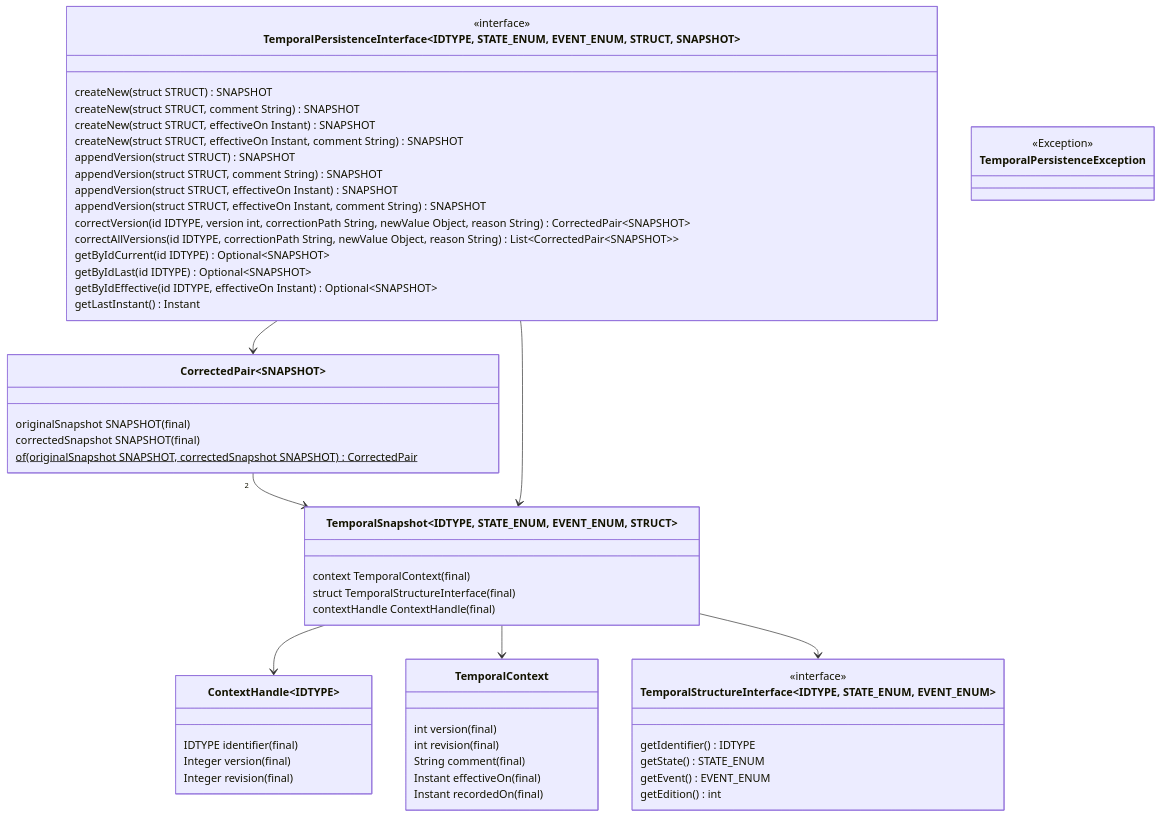
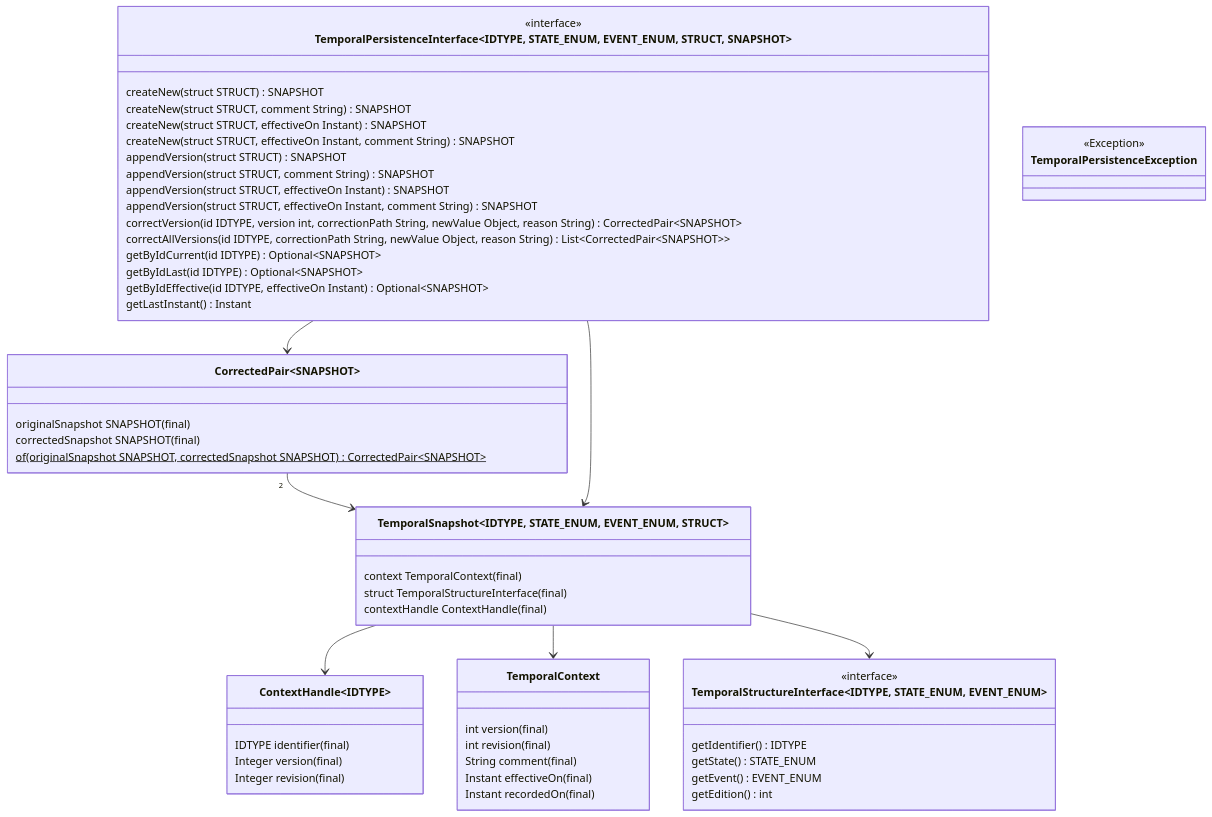
One commit to drp2179/bi-temporal-data-base-lib changed the diagram in README.md. Above: the diagram before and after it, drawn with Mermaid.

Commit message:
improving return type

````diff
--- a/README.md
+++ b/README.md
@@ -7,75 +7,75 @@
 ```mermaid
 classDiagram
     
     class TemporalContext {
         int version (final)
         int revision (final)
         String comment (final)
         Instant effectiveOn (final)
         Instant recordedOn (final)
     }
 
     class ContextHandle~IDTYPE~ {
         IDTYPE identifier (final)
         Integer version (final)
         Integer revision (final)
     }
 
     class TemporalStructureInterface~IDTYPE, STATE_ENUM, EVENT_ENUM~ {
         <<interface>>
         getIdentifier() IDTYPE
         getState() STATE_ENUM
         getEvent() EVENT_ENUM
         getEdition() int
     }
 
     class TemporalSnapshot~IDTYPE, STATE_ENUM, EVENT_ENUM, STRUCT~ {
         context TemporalContext (final)
         struct TemporalStructureInterface (final)
         contextHandle ContextHandle (final)
     }
 
     TemporalSnapshot --> ContextHandle
     TemporalSnapshot --> TemporalContext
     TemporalSnapshot --> TemporalStructureInterface
     
     class CorrectedPair~SNAPSHOT~ {
 			originalSnapshot SNAPSHOT (final)
 			correctedSnapshot SNAPSHOT (final)
 
-			of(originalSnapshot SNAPSHOT, correctedSnapshot SNAPSHOT) CorrectedPair $
+			of(originalSnapshot SNAPSHOT, correctedSnapshot SNAPSHOT) CorrectedPair~SNAPSHOT~ $
     }
     
     CorrectedPair "2" --> TemporalSnapshot
 
     class TemporalPersistenceInterface~IDTYPE, STATE_ENUM, EVENT_ENUM, STRUCT, SNAPSHOT~ {
         <<interface>>
 
         createNew(struct STRUCT) SNAPSHOT
         createNew(struct STRUCT, comment String) SNAPSHOT
         createNew(struct STRUCT, effectiveOn Instant) SNAPSHOT
         createNew(struct STRUCT, effectiveOn Instant, comment String) SNAPSHOT
         
         appendVersion(struct STRUCT) SNAPSHOT
         appendVersion(struct STRUCT, comment String) SNAPSHOT
         appendVersion(struct STRUCT, effectiveOn Instant) SNAPSHOT
         appendVersion(struct STRUCT, effectiveOn Instant, comment String) SNAPSHOT
         
         correctVersion(id IDTYPE, version int, correctionPath String, newValue Object, reason String) CorrectedPair~SNAPSHOT~
         correctAllVersions(id IDTYPE, correctionPath String, newValue Object, reason String) List~CorrectedPair~SNAPSHOT~~
         
         getByIdCurrent(id IDTYPE) Optional~SNAPSHOT~
         getByIdLast(id IDTYPE) Optional~SNAPSHOT~
         getByIdEffective(id IDTYPE, effectiveOn Instant) Optional~SNAPSHOT~
         
         getLastInstant() Instant
     }
 
     TemporalPersistenceInterface --> TemporalSnapshot
     TemporalPersistenceInterface --> CorrectedPair
     
     class TemporalPersistenceException {
     	<<Exception>>
     }
 
 ```
````
